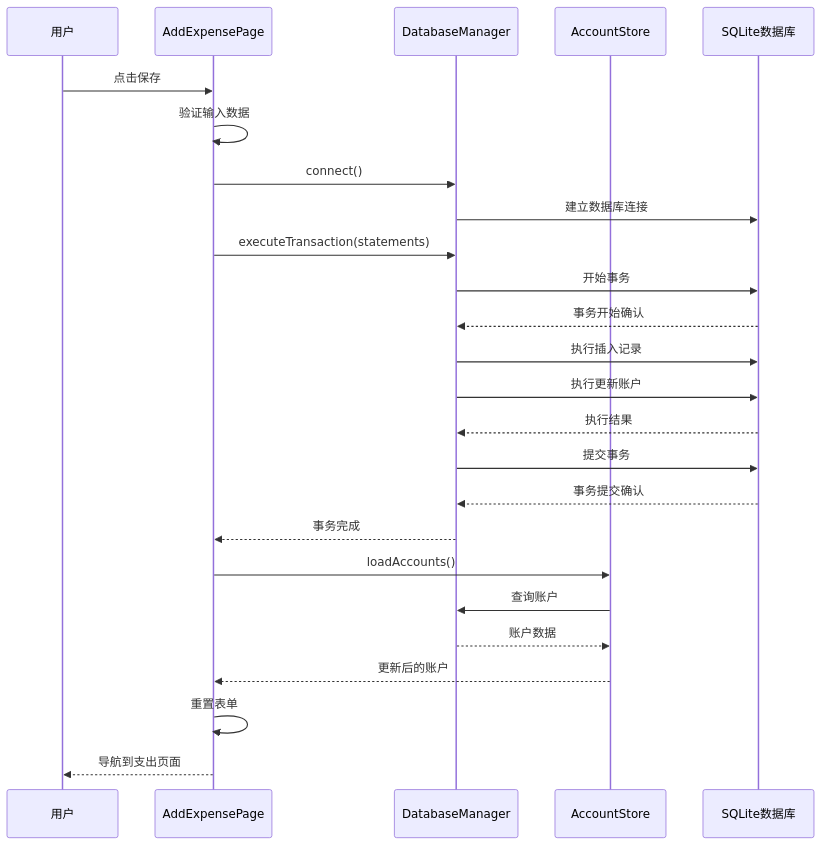
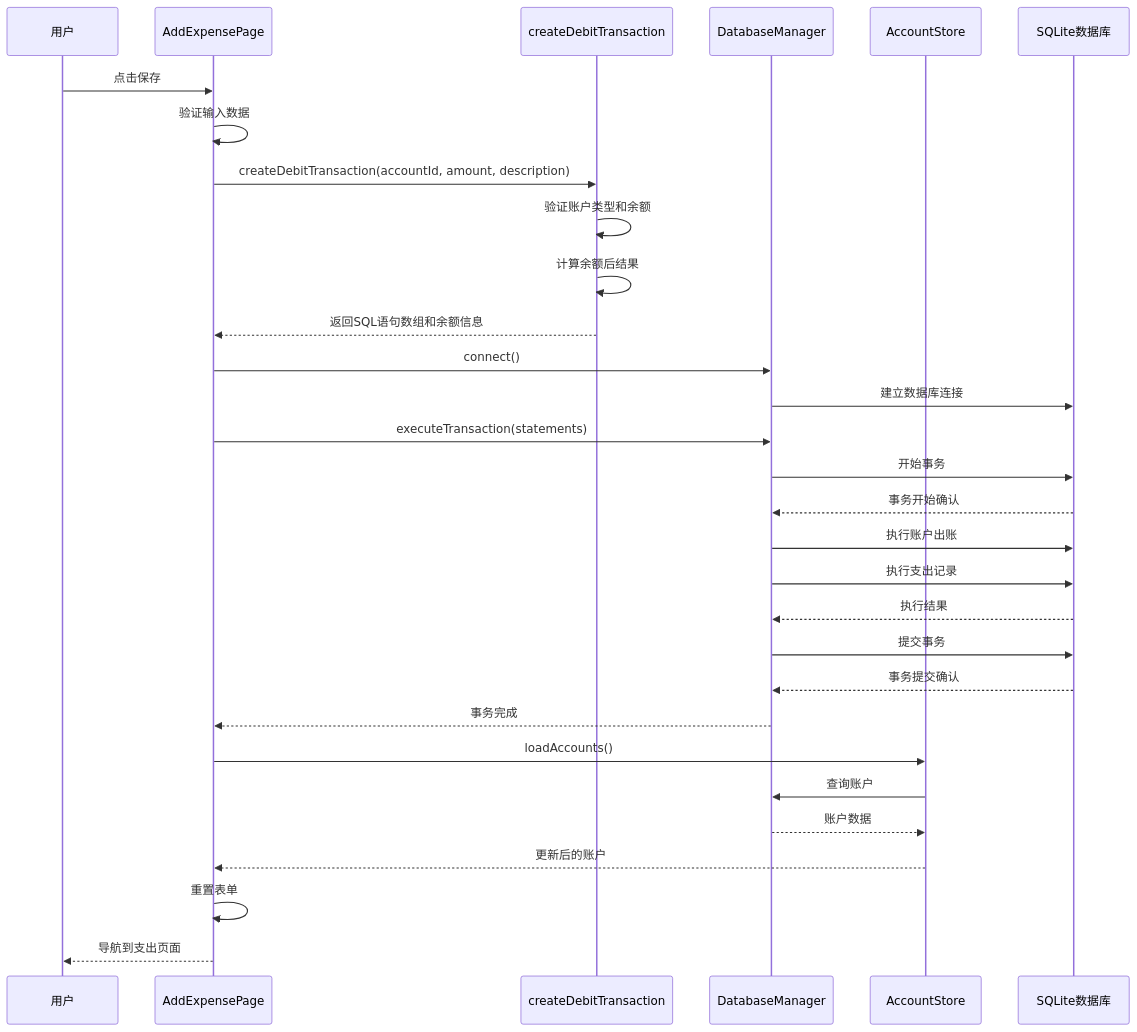
The sixth of 11 diagrams in .qoder/repowiki/zh/content/支出管理/支出记录管理.md (xiao-lin-unit/yuan), drawn with Mermaid before and after one commit. The commit also changed other lines of this file and 9 other files, not shown here.

````diff
--- a/.qoder/repowiki/zh/content/支出管理/支出记录管理.md
+++ b/.qoder/repowiki/zh/content/支出管理/支出记录管理.md
@@ -258,27 +325,32 @@
 ```mermaid
 sequenceDiagram
 participant User as 用户
 participant Component as AddExpensePage
+participant DebitService as createDebitTransaction
 participant DB as DatabaseManager
 participant AccountStore as AccountStore
 participant SQLite as SQLite数据库
 User->>Component : 点击保存
 Component->>Component : 验证输入数据
+Component->>DebitService : createDebitTransaction(accountId, amount, description)
+DebitService->>DebitService : 验证账户类型和余额
+DebitService->>DebitService : 计算余额后结果
+DebitService-->>Component : 返回SQL语句数组和余额信息
 Component->>DB : connect()
 DB->>SQLite : 建立数据库连接
 Component->>DB : executeTransaction(statements)
 DB->>SQLite : 开始事务
 SQLite-->>DB : 事务开始确认
-DB->>SQLite : 执行插入记录
-DB->>SQLite : 执行更新账户
+DB->>SQLite : 执行账户出账
+DB->>SQLite : 执行支出记录
 SQLite-->>DB : 执行结果
 DB->>SQLite : 提交事务
 SQLite-->>DB : 事务提交确认
 DB-->>Component : 事务完成
 Component->>AccountStore : loadAccounts()
 AccountStore->>DB : 查询账户
 DB-->>AccountStore : 账户数据
 AccountStore-->>Component : 更新后的账户
 Component->>Component : 重置表单
 Component-->>User : 导航到支出页面
 ```
````
